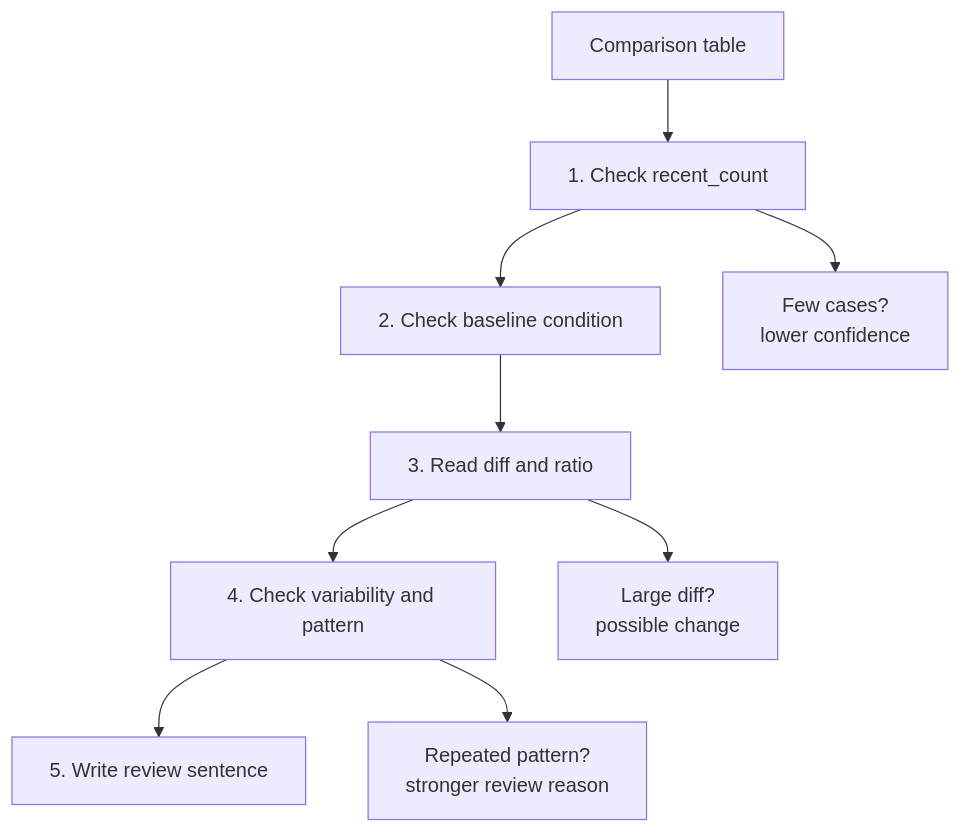
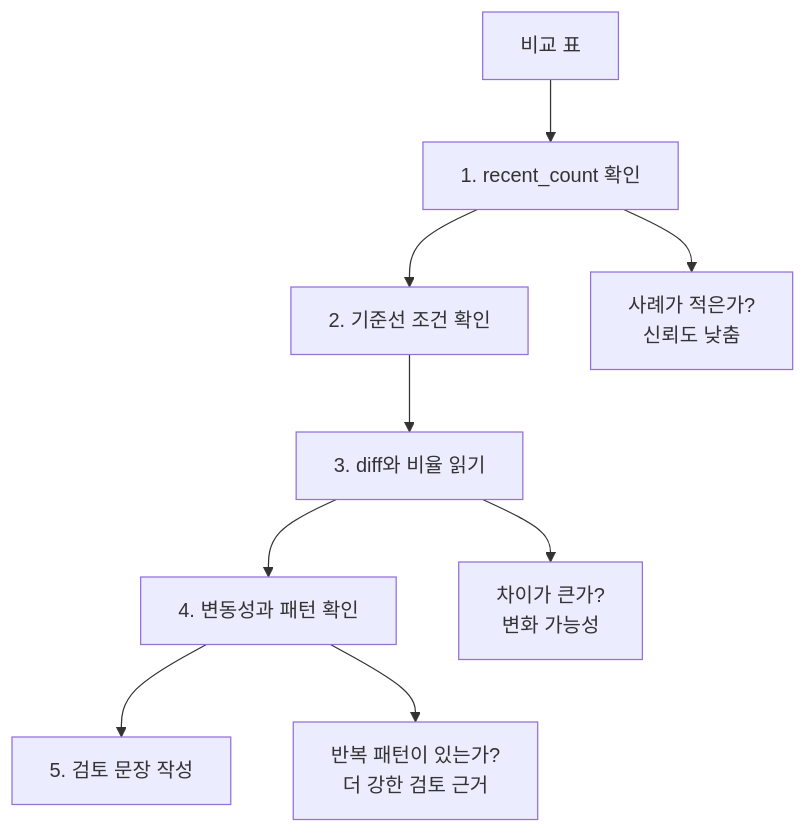
The diagram in docs/parts/part-03/chapter-07/section-02.md (devchan64/AiBook), drawn with Mermaid before and after one commit. The commit also changed 45 other files, not shown here.

Commit message:
docs: localize part 3 mermaid diagrams

````diff
--- a/docs/parts/part-03/chapter-07/section-02.md
+++ b/docs/parts/part-03/chapter-07/section-02.md
@@ -41,13 +41,13 @@
 ```mermaid
 flowchart TD
-    A[Comparison table]
-    A --> B[1. Check recent_count]
-    B --> C[2. Check baseline condition]
-    C --> D[3. Read diff and ratio]
-    D --> E[4. Check variability and pattern]
-    E --> F[5. Write review sentence]
+    A[비교 표]
+    A --> B[1. recent_count 확인]
+    B --> C[2. 기준선 조건 확인]
+    C --> D[3. diff와 비율 읽기]
+    D --> E[4. 변동성과 패턴 확인]
+    E --> F[5. 검토 문장 작성]
 
-    B --> G[Few cases?<br/>lower confidence]
-    D --> H[Large diff?<br/>possible change]
-    E --> I[Repeated pattern?<br/>stronger review reason]
+    B --> G[사례가 적은가?<br/>신뢰도 낮춤]
+    D --> H[차이가 큰가?<br/>변화 가능성]
+    E --> I[반복 패턴이 있는가?<br/>더 강한 검토 근거]
 ```
````
